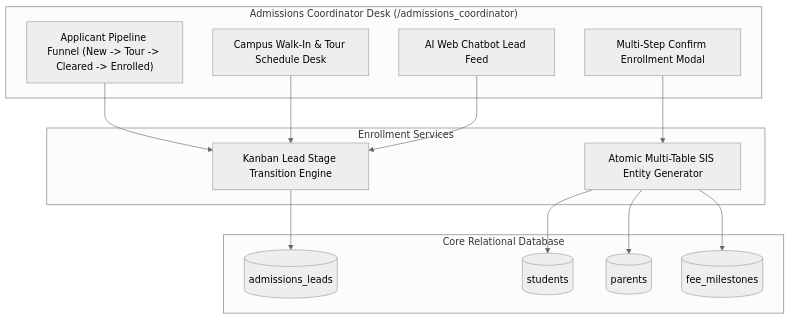
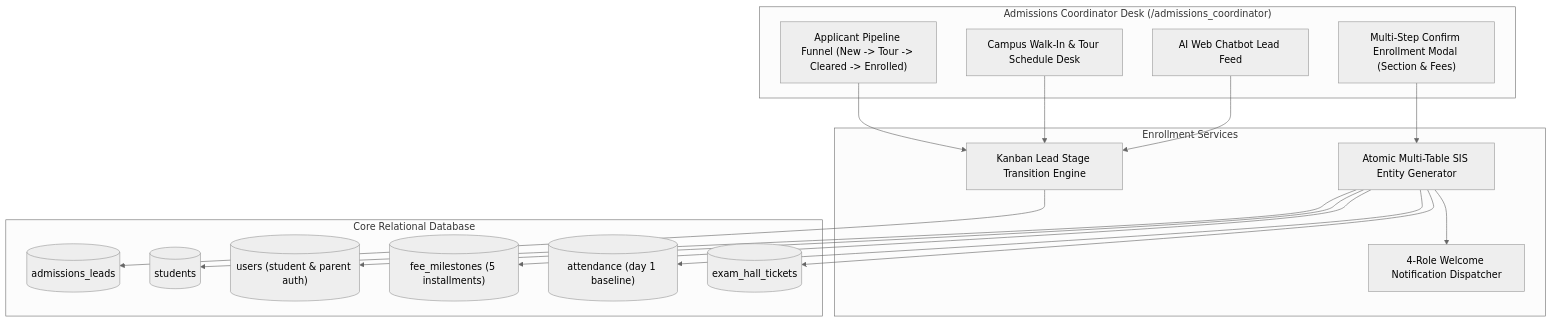
Before and after one commit to DiradzProducts/EDU360: diagram 13 of 19 in docs/architecture/ROLE_WISE_ARCHITECTURE_AND_WORKFLOWS.md, drawn with Mermaid (neutral theme). The commit also changed other lines of this file and 67 other files, not shown here.

````diff
--- a/docs/architecture/ROLE_WISE_ARCHITECTURE_AND_WORKFLOWS.md
+++ b/docs/architecture/ROLE_WISE_ARCHITECTURE_AND_WORKFLOWS.md
@@ -543,25 +570,29 @@
 ```mermaid
 graph TD
     subgraph AdmissionsDesk ["Admissions Coordinator Desk (/admissions_coordinator)"]
         UI_KANBAN["Applicant Pipeline Funnel (New -> Tour -> Cleared -> Enrolled)"]
         UI_TOURS["Campus Walk-In & Tour Schedule Desk"]
         UI_INQUIRY["AI Web Chatbot Lead Feed"]
-        UI_ENROLL_MODAL["Multi-Step Confirm Enrollment Modal"]
+        UI_ENROLL_MODAL["Multi-Step Confirm Enrollment Modal (Section & Fees)"]
     end
 
     subgraph AdmissionsServices ["Enrollment Services"]
         LEAD_ORCH["Kanban Lead Stage Transition Engine"]
         PROVISION_ENGINE["Atomic Multi-Table SIS Entity Generator"]
+        NOTIF_BROADCAST["4-Role Welcome Notification Dispatcher"]
     end
 
     subgraph TargetSISSchema ["Core Relational Database"]
         DB_LEADS[("admissions_leads")]
         DB_STUDENTS[("students")]
-        DB_PARENTS[("parents")]
-        DB_FEES[("fee_milestones")]
+        DB_USERS[("users (student & parent auth)")]
+        DB_FEES[("fee_milestones (5 installments)")]
+        DB_ATT[("attendance (day 1 baseline)")]
+        DB_TICKETS[("exam_hall_tickets")]
     end
 
     UI_KANBAN & UI_TOURS & UI_INQUIRY --> LEAD_ORCH --> DB_LEADS
     UI_ENROLL_MODAL --> PROVISION_ENGINE
-    PROVISION_ENGINE --> DB_STUDENTS & DB_PARENTS & DB_FEES
+    PROVISION_ENGINE --> DB_STUDENTS & DB_USERS & DB_FEES & DB_ATT & DB_TICKETS
+    PROVISION_ENGINE --> NOTIF_BROADCAST
 ```
````
